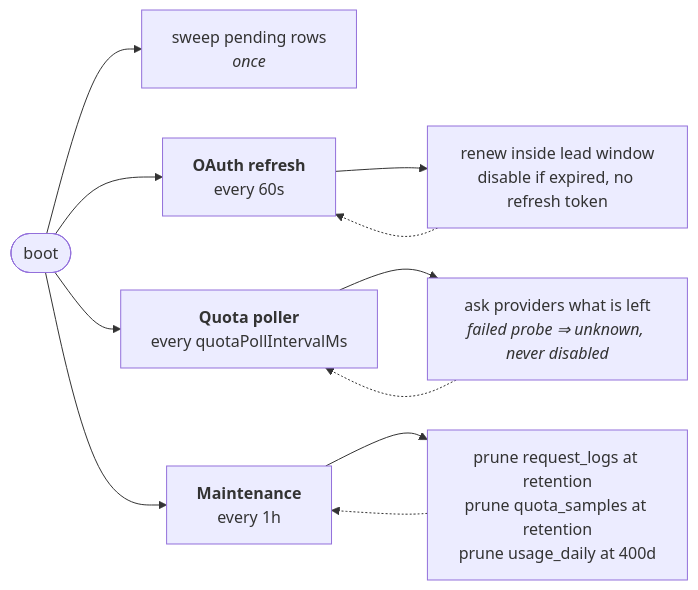
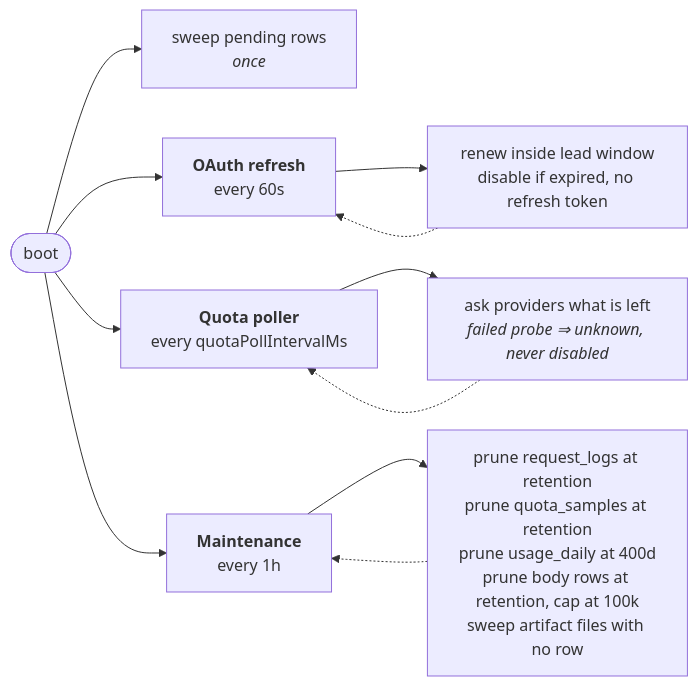
The sixth of 7 diagrams in ARCHITECTURE.md (harismawan/omnigateway), drawn with Mermaid before and after one commit. The commit also changed other lines of this file and 2 other files, not shown here.

First line of the commit message:
docs: document body logging for operators

````diff
--- a/ARCHITECTURE.md
+++ b/ARCHITECTURE.md
@@ -215,15 +248,15 @@
 ```mermaid
 flowchart LR
   boot([boot]) --> sweep["sweep pending rows<br/><i>once</i>"]
   boot --> oauth
   boot --> quota
   boot --> maint
 
   oauth["<b>OAuth refresh</b><br/>every 60s"] --> oauthJob["renew inside lead window<br/>disable if expired, no refresh token"]
   quota["<b>Quota poller</b><br/>every quotaPollIntervalMs"] --> quotaJob["ask providers what is left<br/><i>failed probe ⇒ unknown, never disabled</i>"]
-  maint["<b>Maintenance</b><br/>every 1h"] --> maintJob["prune request_logs at retention<br/>prune quota_samples at retention<br/>prune usage_daily at 400d"]
+  maint["<b>Maintenance</b><br/>every 1h"] --> maintJob["prune request_logs at retention<br/>prune quota_samples at retention<br/>prune usage_daily at 400d<br/>prune body rows at retention, cap at 100k<br/>sweep artifact files with no row"]
 
   oauthJob -.-> oauth
   quotaJob -.-> quota
   maintJob -.-> maint
 ```
````
